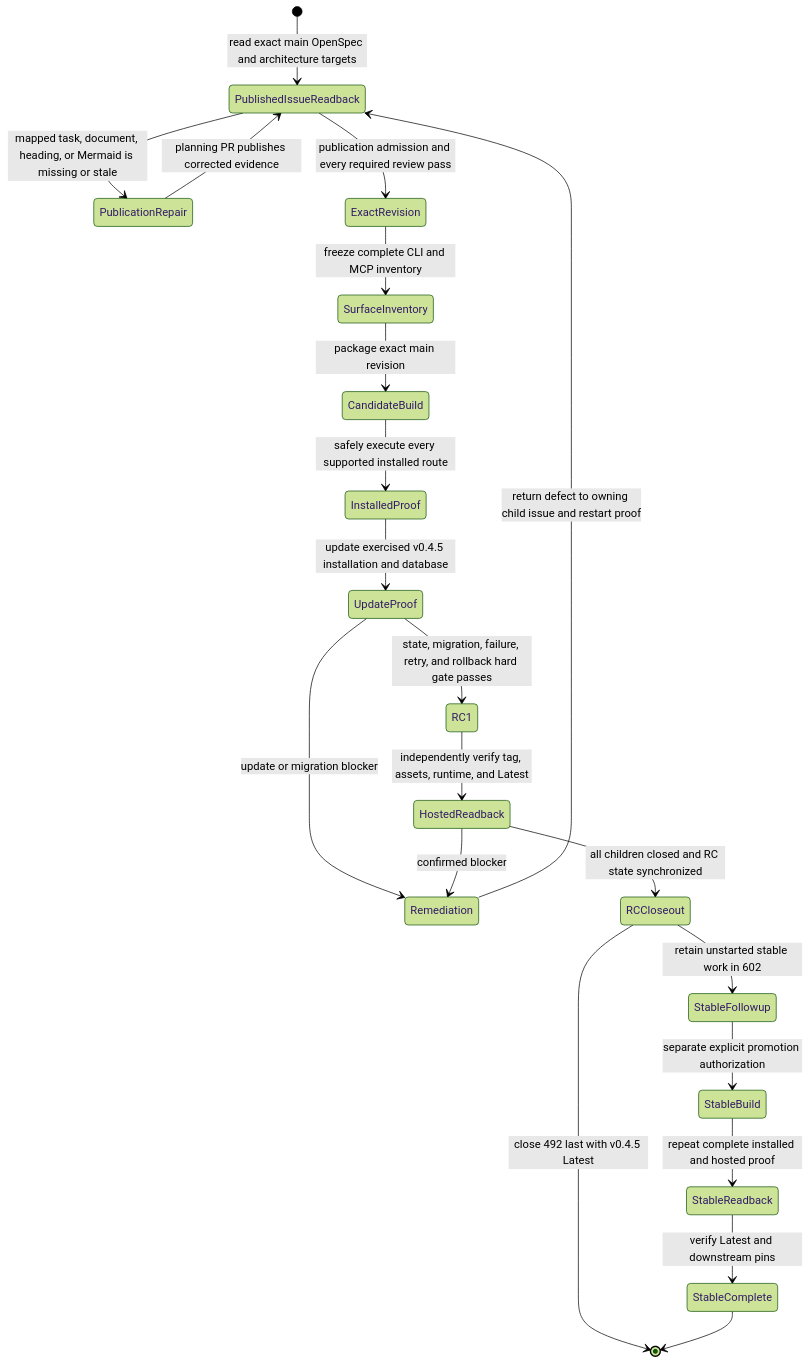
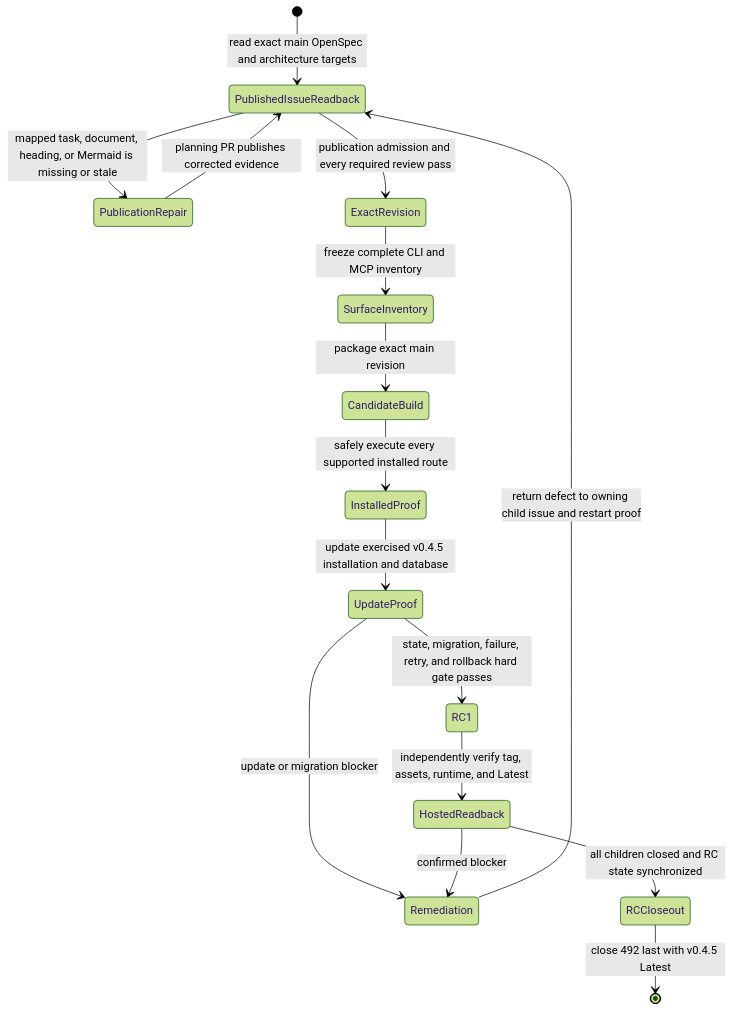
Before and after one commit to styler-ai/ProjectAtlas: diagram 28 of 29 in docs/v050-release-architecture.md, drawn with Mermaid (forest theme). The commit also changed other lines of this file, not shown here.

Commit message:
docs(release): correct rc closeout diagram and encoding (#492)

````diff
--- a/docs/v050-release-architecture.md
+++ b/docs/v050-release-architecture.md
@@ -620,23 +620,18 @@
 ```mermaid
 stateDiagram-v2
   [*] --> PublishedIssueReadback: read exact main OpenSpec and architecture targets
   PublishedIssueReadback --> PublicationRepair: mapped task, document, heading, or Mermaid is missing or stale
   PublicationRepair --> PublishedIssueReadback: planning PR publishes corrected evidence
   PublishedIssueReadback --> ExactRevision: publication admission and every required review pass
   ExactRevision --> SurfaceInventory: freeze complete CLI and MCP inventory
   SurfaceInventory --> CandidateBuild: package exact main revision
   CandidateBuild --> InstalledProof: safely execute every supported installed route
   InstalledProof --> UpdateProof: update exercised v0.4.5 installation and database
   UpdateProof --> RC1: state, migration, failure, retry, and rollback hard gate passes
   UpdateProof --> Remediation: update or migration blocker
   RC1 --> HostedReadback: independently verify tag, assets, runtime, and Latest
   HostedReadback --> Remediation: confirmed blocker
   Remediation --> PublishedIssueReadback: return defect to owning child issue and restart proof
   HostedReadback --> RCCloseout: all children closed and RC state synchronized
   RCCloseout --> [*]: close 492 last with v0.4.5 Latest
-  RCCloseout --> StableFollowup: retain unstarted stable work in 602
-  StableFollowup --> StableBuild: separate explicit promotion authorization
-  StableBuild --> StableReadback: repeat complete installed and hosted proof
-  StableReadback --> StableComplete: verify Latest and downstream pins
-  StableComplete --> [*]
 ```
````
